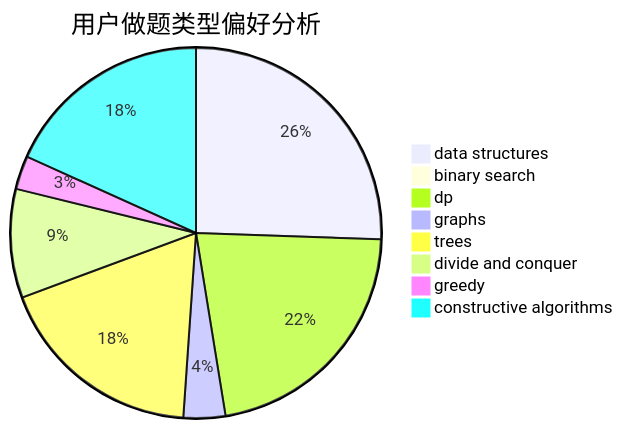
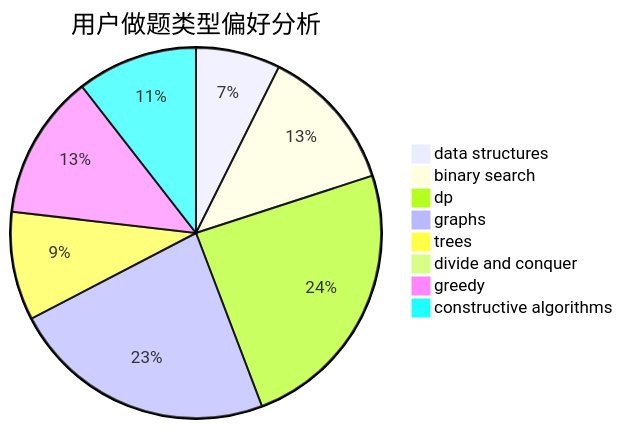
Before and after one commit to sherpahu/cfrs.github.io: the second of 3 diagrams in docs/user/u2299.md, drawn with Mermaid. The commit also changed other lines of this file and 2770 other files, not shown here.

````diff
--- a/docs/user/u2299.md
+++ b/docs/user/u2299.md
@@ -23,11 +23,11 @@
 ```mermaid
 pie title 用户做题类型偏好分析
-    "data structures" :  35
-    "binary search" :  0
-    "dp" :  30
-    "graphs" :  5
-    "trees" :  25
-    "divide and conquer" :  13
-    "greedy" :  4
-    "constructive algorithms" :  25
+    "data structures" :  7
+    "binary search" :  12
+    "dp" :  23
+    "graphs" :  22
+    "trees" :  9
+    "divide and conquer" :  0
+    "greedy" :  12
+    "constructive algorithms" :  10
 ```
````
